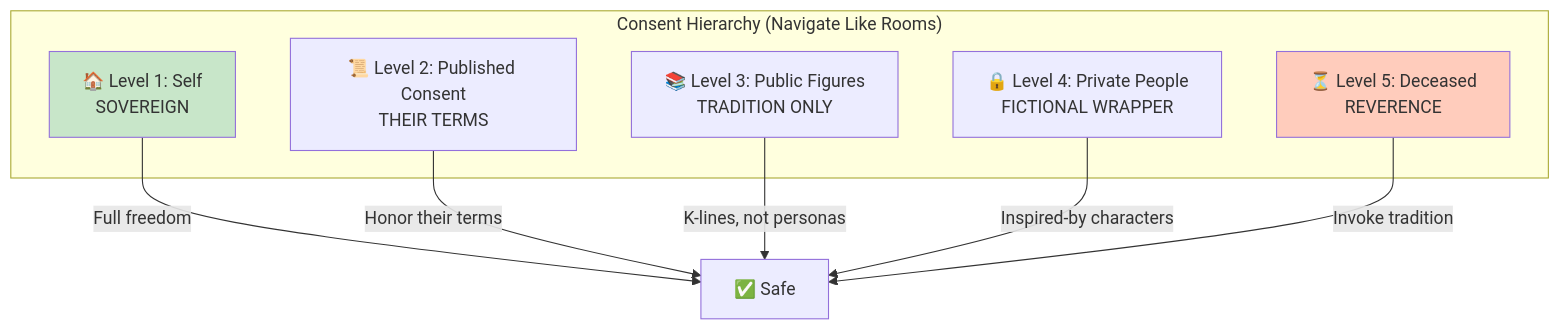
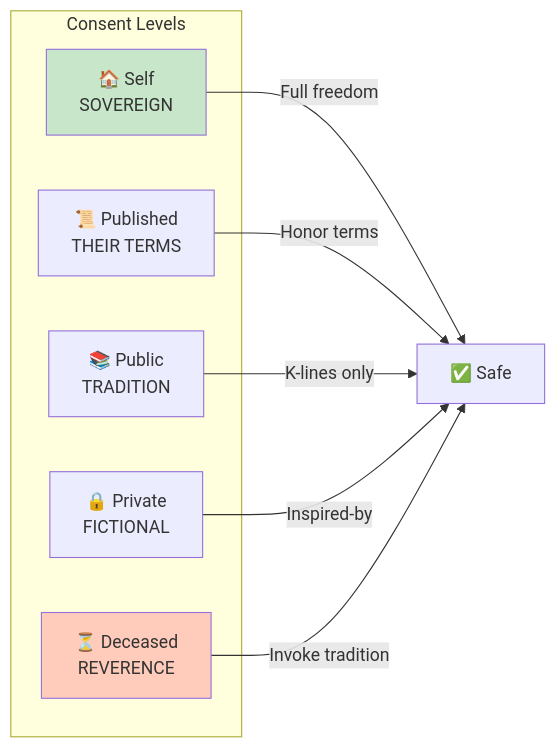
Before and after one commit to SimHacker/moollm: the third of 7 diagrams in skills/representation-ethics/README.md, drawn with Mermaid.

Commit message:
Fix consent hierarchy Mermaid diagram wrapping
Shortened labels and switched to horizontal layout (LR) to prevent clipping.

````diff
--- a/skills/representation-ethics/README.md
+++ b/skills/representation-ethics/README.md
@@ -132,19 +132,19 @@
 ```mermaid
-flowchart TD
-    subgraph CONSENT["Consent Hierarchy (Navigate Like Rooms)"]
-        L1[🏠 Level 1: Self<br/>SOVEREIGN]
-        L2[📜 Level 2: Published Consent<br/>THEIR TERMS]
-        L3[📚 Level 3: Public Figures<br/>TRADITION ONLY]
-        L4[🔒 Level 4: Private People<br/>FICTIONAL WRAPPER]
-        L5[⏳ Level 5: Deceased<br/>REVERENCE]
+flowchart LR
+    subgraph CONSENT["Consent Levels"]
+        L1[🏠 Self<br/>SOVEREIGN]
+        L2[📜 Published<br/>THEIR TERMS]
+        L3[📚 Public<br/>TRADITION]
+        L4[🔒 Private<br/>FICTIONAL]
+        L5[⏳ Deceased<br/>REVERENCE]
     end
     
     L1 --> |"Full freedom"|SAFE[✅ Safe]
-    L2 --> |"Honor their terms"|SAFE
-    L3 --> |"K-lines, not personas"|SAFE
-    L4 --> |"Inspired-by characters"|SAFE
+    L2 --> |"Honor terms"|SAFE
+    L3 --> |"K-lines only"|SAFE
+    L4 --> |"Inspired-by"|SAFE
     L5 --> |"Invoke tradition"|SAFE
     
     style L1 fill:#c8e6c9
     style L5 fill:#ffccbc
 ```
````
